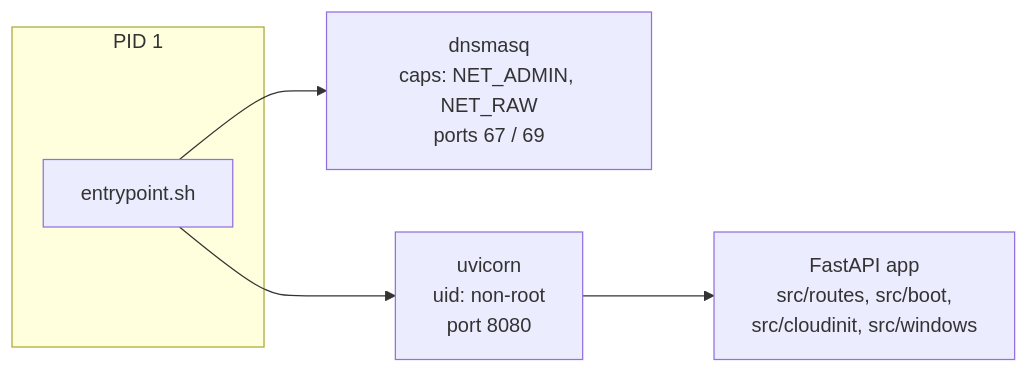
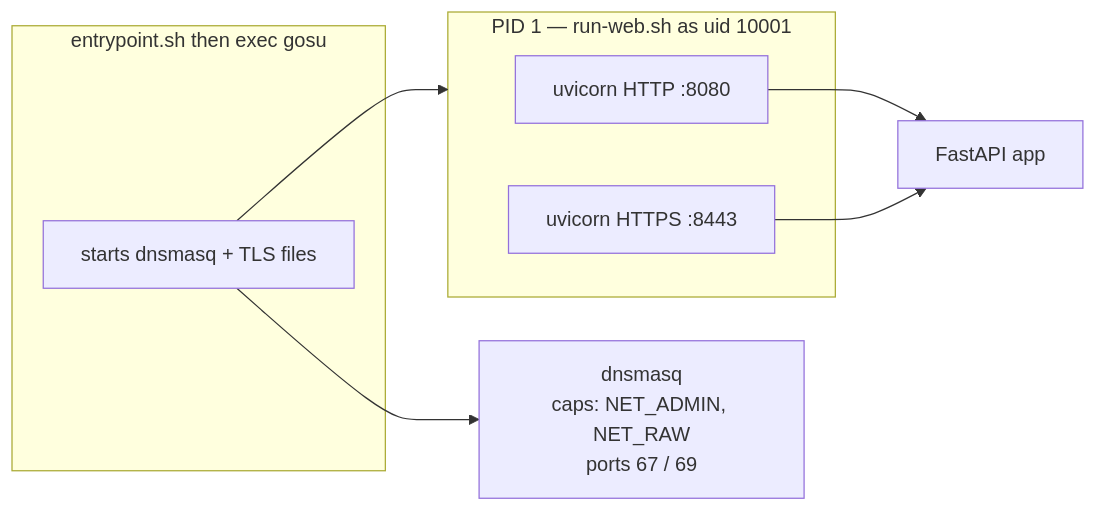
Before and after one commit to hometinker12/home-lab-pxe: the second of 24 diagrams in ARCHITECTURE.md, drawn with Mermaid. The commit also changed other lines of this file and 47 other files, not shown here.

````diff
--- a/ARCHITECTURE.md
+++ b/ARCHITECTURE.md
@@ -57,9 +59,14 @@
 ```mermaid
 flowchart LR
-  subgraph pid1["PID 1"]
-    E["entrypoint.sh"]
+  subgraph pid1["PID 1 — run-web.sh as uid 10001"]
+    H["uvicorn HTTP :8080"]
+    S["uvicorn HTTPS :8443"]
+  end
+  subgraph root["entrypoint.sh then exec gosu"]
+    E["starts dnsmasq + TLS files"]
   end
   E --> D["dnsmasq<br/>caps: NET_ADMIN, NET_RAW<br/>ports 67 / 69"]
-  E --> U["uvicorn<br/>uid: non-root<br/>port 8080"]
-  U --> F["FastAPI app<br/>src/routes, src/boot,<br/>src/cloudinit, src/windows"]
+  E --> pid1
+  H --> F["FastAPI app"]
+  S --> F
 ```
````
